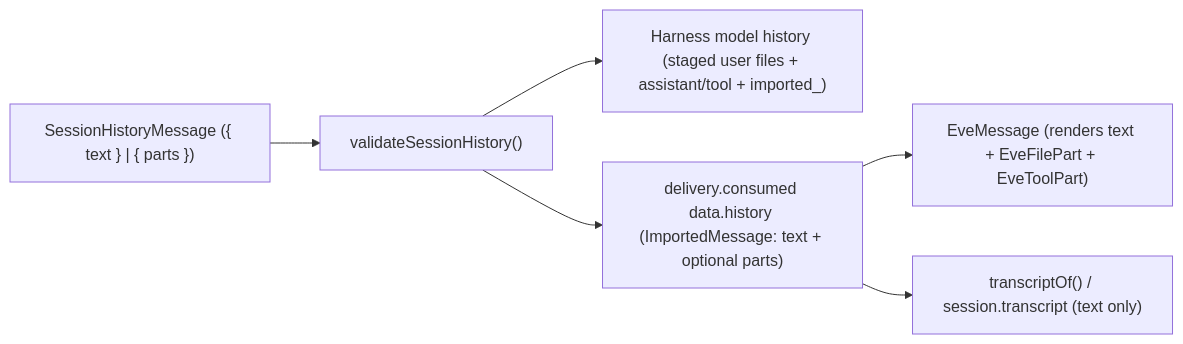
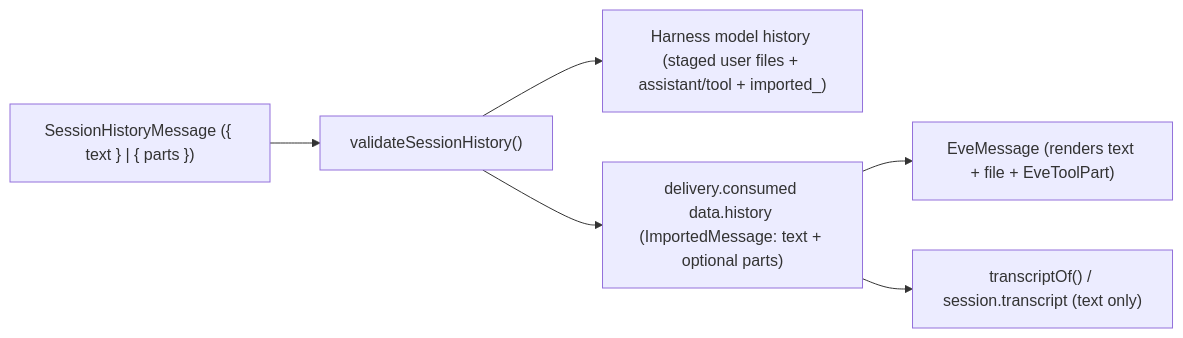
The diagram in research/session-history-parts.md (vercel/eve), drawn with Mermaid before and after one commit. The commit also changed other lines of this file and 19 other files, not shown here.

````diff
--- a/research/session-history-parts.md
+++ b/research/session-history-parts.md
@@ -89,8 +92,8 @@
 ```mermaid
 flowchart LR
   Input["SessionHistoryMessage ({ text } | { parts })"] --> Validate["validateSessionHistory()"]
   Validate --> Lower["Harness model history (staged user files + assistant/tool + imported_<n>)"]
   Validate --> Event["delivery.consumed data.history (ImportedMessage: text + optional parts)"]
-  Event --> UI["EveMessage (renders text + EveFilePart + EveToolPart)"]
+  Event --> UI["EveMessage (renders text + file + EveToolPart)"]
   Event --> Transcript["transcriptOf() / session.transcript (text only)"]
 ```
````
